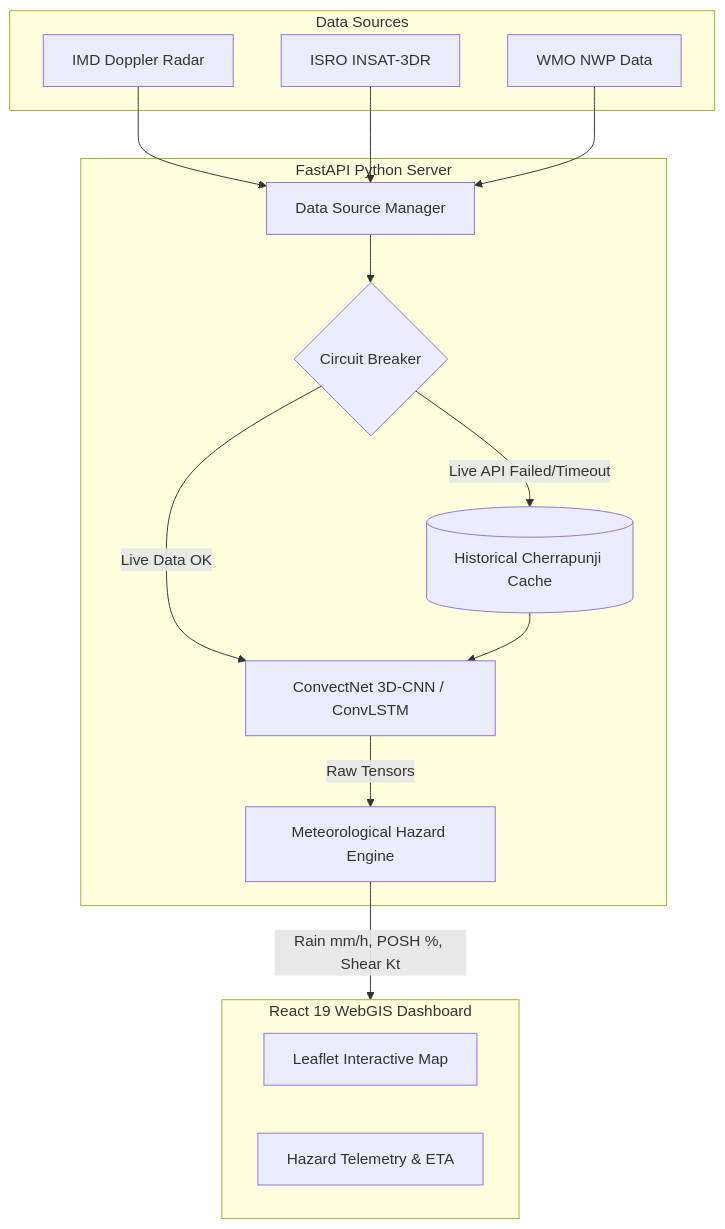
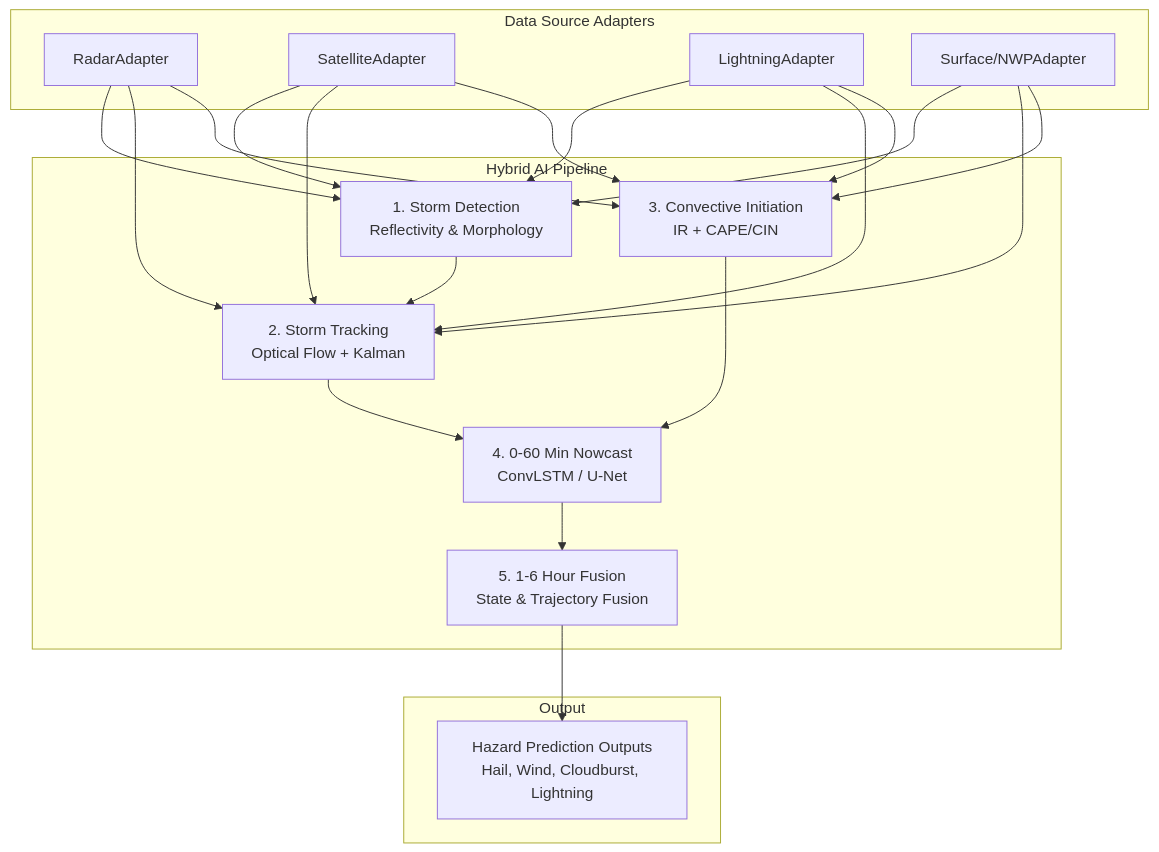
Before and after one commit to ANKITDEVOPS41/Vajra_Final_SIH: the first of 2 diagrams in README.md, drawn with Mermaid. The commit also changed other lines of this file, not shown here.

Commit message:
docs: align README architecture with official ARCHITECTURE.md (5-stage pipeline, adapters, 1km/3km grids)

````diff
--- a/README.md
+++ b/README.md
@@ -20,38 +28,31 @@
 ```mermaid
 flowchart TD
-    %% External Data Sources
-    subgraph Data Sources
-        IMD[IMD Doppler Radar]
-        MOSDAC[ISRO INSAT-3DR]
-        SEVIR[WMO NWP Data]
+    %% Ingestion
+    subgraph Data Source Adapters
+        R[RadarAdapter]
+        S[SatelliteAdapter]
+        L[LightningAdapter]
+        N[Surface/NWPAdapter]
     end
 
-    %% Backend Engine
-    subgraph Backend [FastAPI Python Server]
-        DSM[Data Source Manager]
-        CB{Circuit Breaker}
-        CACHE[(Historical Cherrapunji Cache)]
-        
-        AI[ConvectNet 3D-CNN / ConvLSTM]
-        PHYSICS[Meteorological Hazard Engine]
+    %% Pipeline Stages
+    subgraph Hybrid AI Pipeline
+        S1[1. Storm Detection<br>Reflectivity & Morphology]
+        S2[2. Storm Tracking<br>Optical Flow + Kalman]
+        S3[3. Convective Initiation<br>IR + CAPE/CIN]
+        S4[4. 0-60 Min Nowcast<br>ConvLSTM / U-Net]
+        S5[5. 1-6 Hour Fusion<br>State & Trajectory Fusion]
     end
 
-    %% Frontend App
-    subgraph Frontend [React 19 WebGIS Dashboard]
-        MAP[Leaflet Interactive Map]
-        UI[Hazard Telemetry & ETA]
+    %% Hazard Output
+    subgraph Output
+        H[Hazard Prediction Outputs<br>Hail, Wind, Cloudburst, Lightning]
     end
 
-    %% Data Flow
-    IMD --> DSM
-    MOSDAC --> DSM
-    SEVIR --> DSM
-    
-    DSM --> CB
-    CB -- "Live API Failed/Timeout" --> CACHE
-    CB -- "Live Data OK" --> AI
-    CACHE --> AI
-    
-    AI -- "Raw Tensors" --> PHYSICS
-    PHYSICS -- "Rain mm/h, POSH %, Shear Kt" --> Frontend
+    R & S & L & N --> S1 & S2 & S3
+    S1 --> S2
+    S2 --> S4
+    S3 --> S4
+    S4 --> S5
+    S5 --> H
 ```
````
